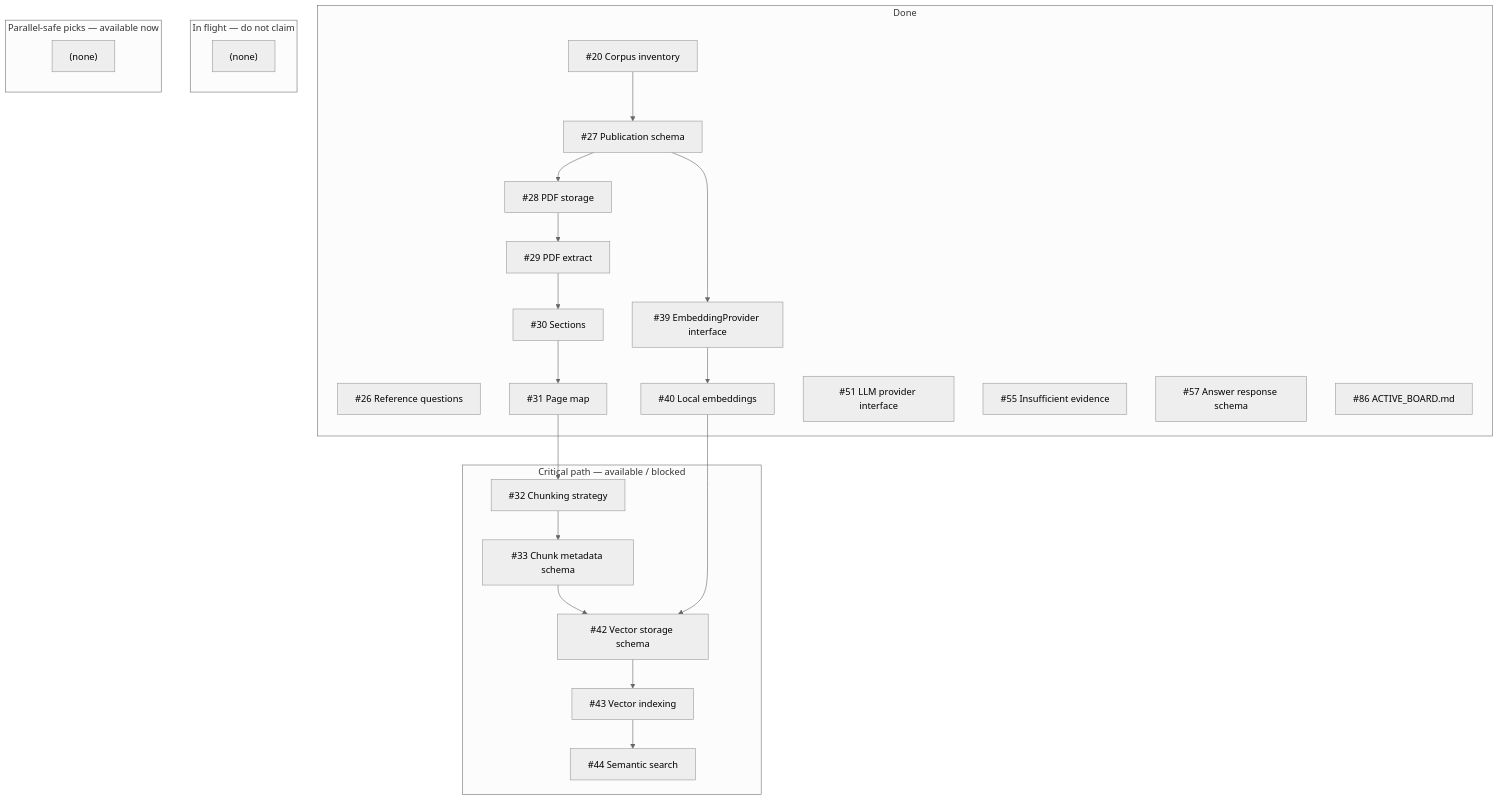
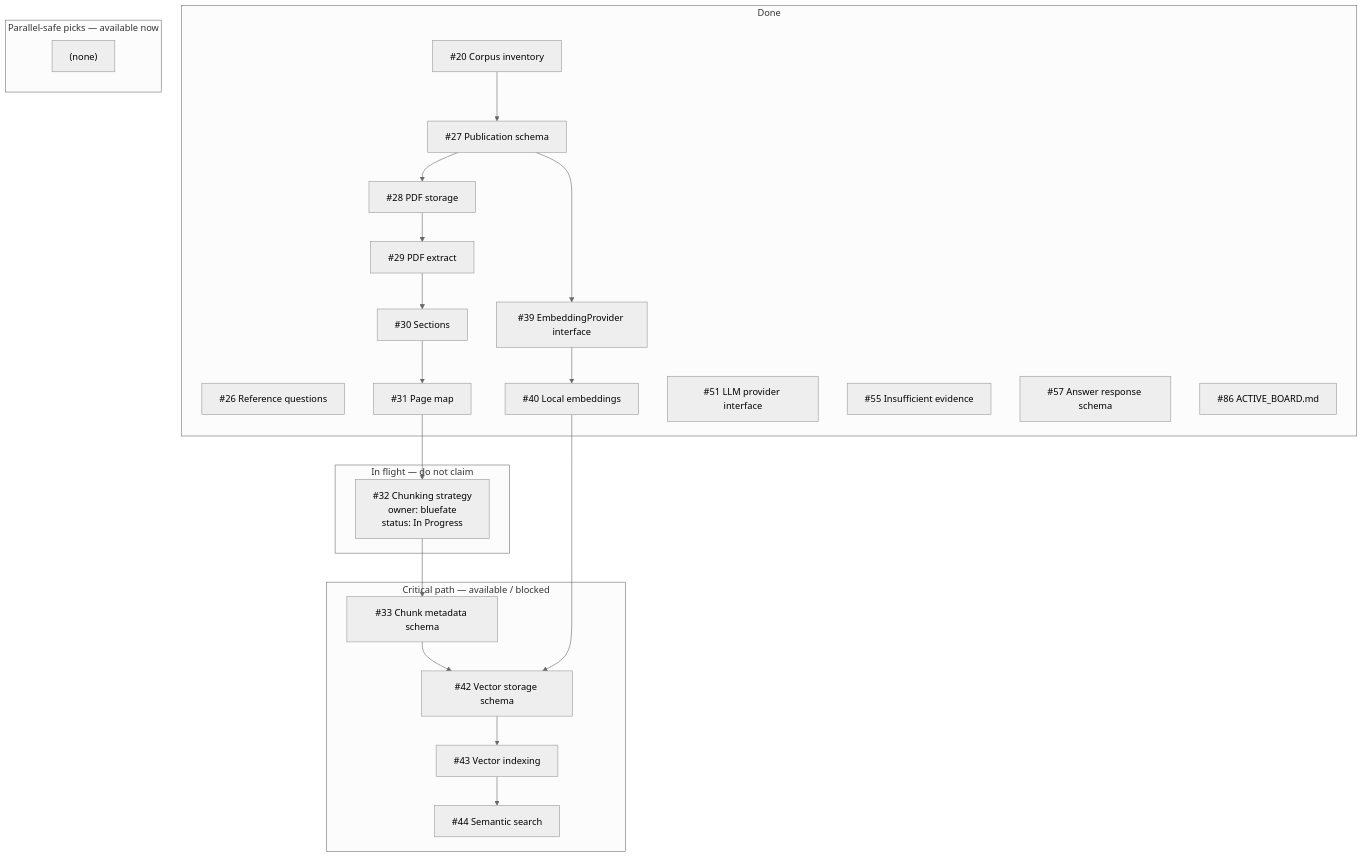
One commit to bluefate/spacebio-evidence-engine changed the diagram in docs/development/ACTIVE_BOARD.md. Above: the diagram before and after it, drawn with Mermaid (neutral theme). The commit also changed other lines of this file and 5 other files, not shown here.

````diff
--- a/docs/development/ACTIVE_BOARD.md
+++ b/docs/development/ACTIVE_BOARD.md
@@ -62,44 +62,43 @@
 ```mermaid
 flowchart TB
   subgraph done [Done]
     i20["#20 Corpus inventory"]
     i26["#26 Reference questions"]
     i27["#27 Publication schema"]
     i28["#28 PDF storage"]
     i29["#29 PDF extract"]
     i30["#30 Sections"]
     i31["#31 Page map"]
     i39["#39 EmbeddingProvider interface"]
     i40["#40 Local embeddings"]
     i51["#51 LLM provider interface"]
     i55["#55 Insufficient evidence"]
     i57["#57 Answer response schema"]
     i86["#86 ACTIVE_BOARD.md"]
   end
   subgraph inflight [In flight — do not claim]
-    inflight_empty["(none)"]
+    i32["#32 Chunking strategy<br/>owner: bluefate<br/>status: In Progress"]
   end
   subgraph nextCritical [Critical path — available / blocked]
-    i32["#32 Chunking strategy"]
     i33["#33 Chunk metadata schema"]
     i42["#42 Vector storage schema"]
     i43["#43 Vector indexing"]
     i44["#44 Semantic search"]
   end
   subgraph nextParallel [Parallel-safe picks — available now]
     nextParallel_empty["(none)"]
   end
   i20 --> i27
   i27 --> i28
   i28 --> i29
   i29 --> i30
   i30 --> i31
   i31 --> i32
   i32 --> i33
   i33 --> i42
   i27 --> i39
   i39 --> i40
   i40 --> i42
   i42 --> i43
   i43 --> i44
 ```
````
